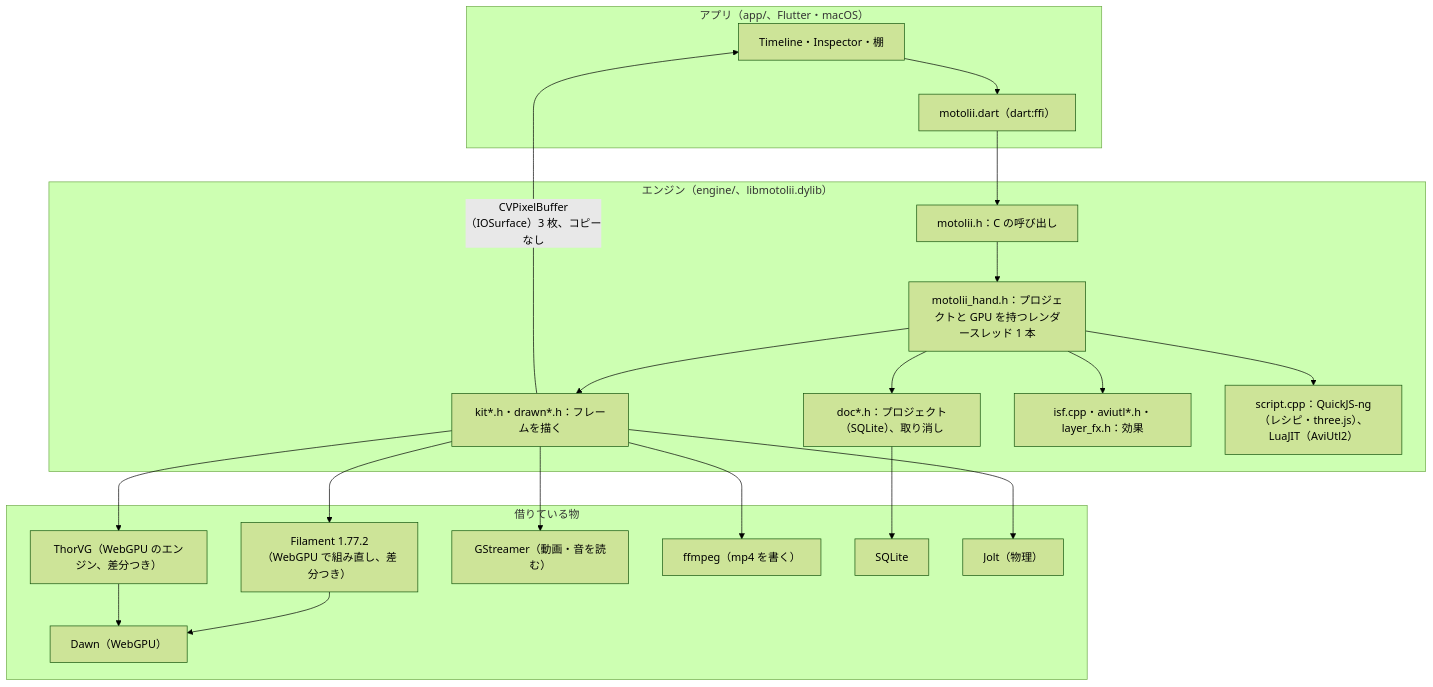
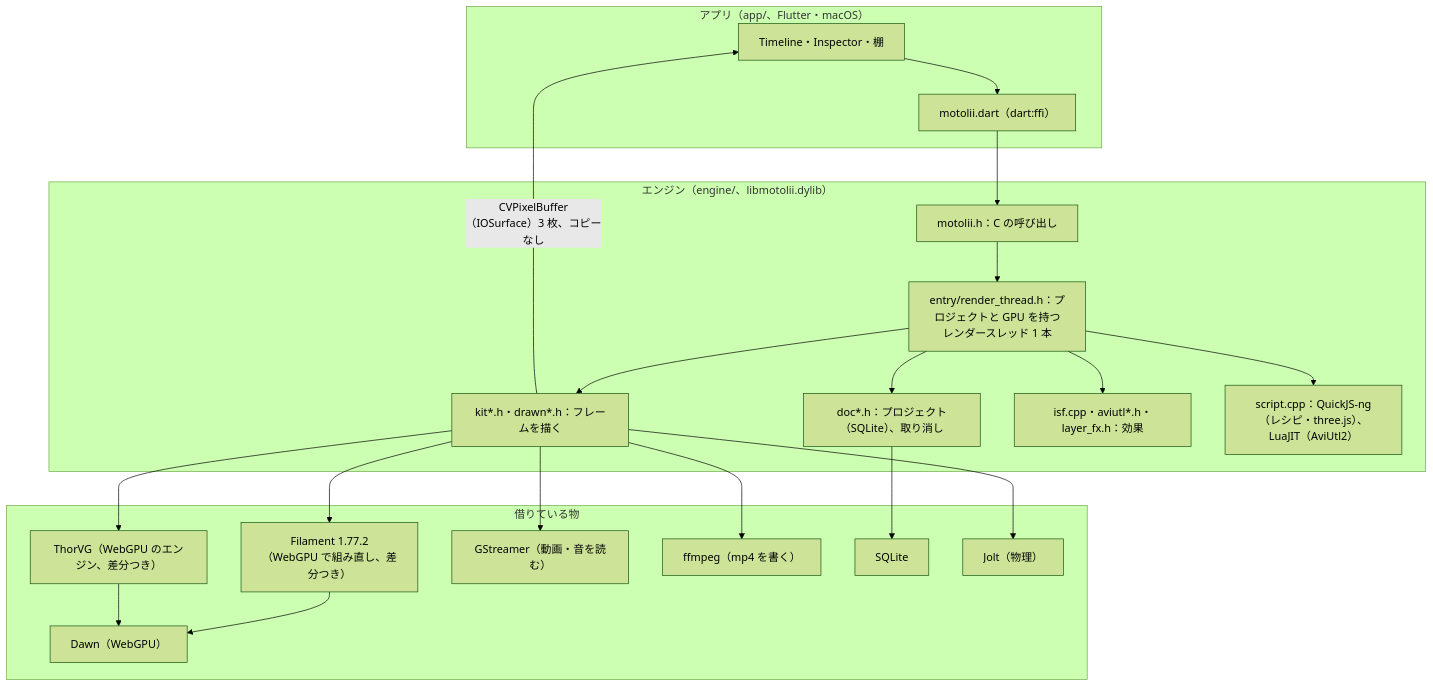
The diagram in docs/ARCHITECTURE.md (oshikaidesu/motolii), drawn with Mermaid (forest theme) before and after one commit. The commit also changed other lines of this file and 17 other files, not shown here.

First line of the commit message:
engine/entry: drop the motolii_ prefix from motolii.mm's parts

````diff
--- a/docs/ARCHITECTURE.md
+++ b/docs/ARCHITECTURE.md
@@ -9,34 +9,34 @@
 ```mermaid
 flowchart TB
   subgraph Window["アプリ（app/、Flutter・macOS）"]
     UI["Timeline・Inspector・棚"]
     FFI["motolii.dart（dart:ffi）"]
   end
   subgraph Inside["エンジン（engine/、libmotolii.dylib）"]
     API["motolii.h：C の呼び出し"]
-    Hand["motolii_hand.h：プロジェクトと GPU を持つレンダースレッド 1 本"]
+    Hand["entry/render_thread.h：プロジェクトと GPU を持つレンダースレッド 1 本"]
     Doc["doc*.h：プロジェクト（SQLite）、取り消し"]
     Kit["kit*.h・drawn*.h：フレームを描く"]
     FX["isf.cpp・aviutl*.h・layer_fx.h：効果"]
     Script["script.cpp：QuickJS-ng（レシピ・three.js）、LuaJIT（AviUtl2）"]
   end
   subgraph Libs["借りている物"]
     Filament["Filament 1.77.2（WebGPU で組み直し、差分つき）"]
     ThorVG["ThorVG（WebGPU のエンジン、差分つき）"]
     Dawn["Dawn（WebGPU）"]
     Gst["GStreamer（動画・音を読む）"]
     FF["ffmpeg（mp4 を書く）"]
     SQLite["SQLite"]
     Jolt["Jolt（物理）"]
   end
   UI --> FFI --> API --> Hand
   Hand --> Doc --> SQLite
   Hand --> Kit --> Filament --> Dawn
   Kit --> ThorVG --> Dawn
   Hand --> FX
   Hand --> Script
   Kit --> Gst
   Kit --> FF
   Kit --> Jolt
   Kit -- "CVPixelBuffer（IOSurface）3 枚、コピーなし" --> UI
 ```
````
